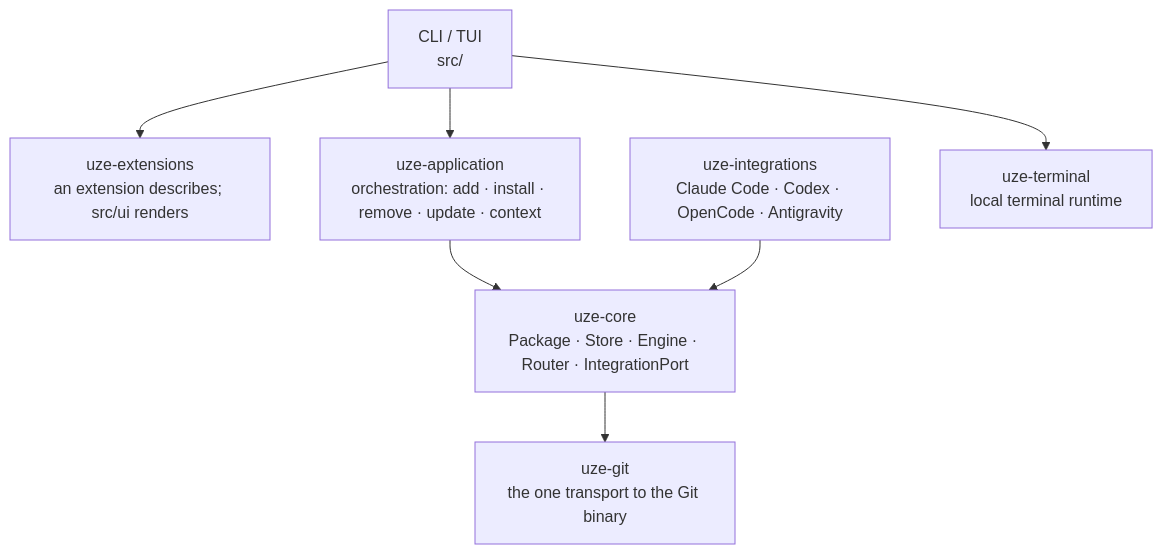
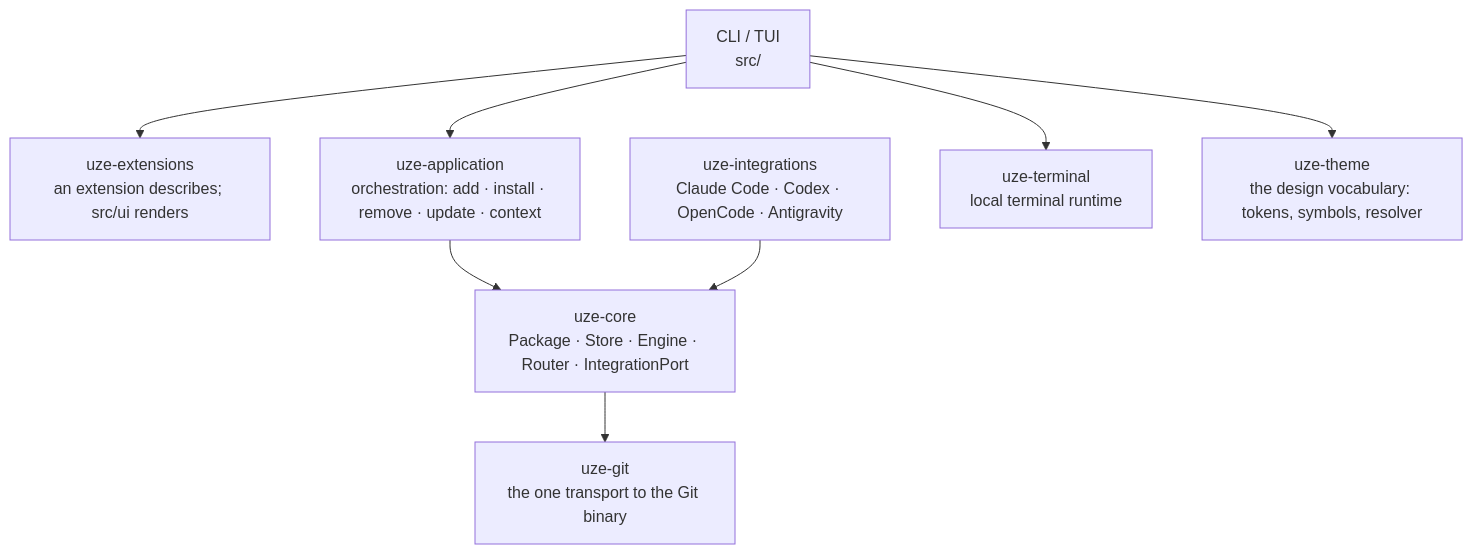
The diagram in web/content/docs/architecture.mdx (hiukky/uze), drawn with Mermaid before and after one commit. The commit also changed other lines of this file and 46 other files, not shown here.

````diff
--- a/web/content/docs/architecture.mdx
+++ b/web/content/docs/architecture.mdx
@@ -12,17 +12,19 @@
 ```mermaid
 graph TD
     CLI["CLI / TUI<br/>src/"]
     EXT["uze-extensions<br/>an extension describes; src/ui renders"]
     APP["uze-application<br/>orchestration: add · install · remove · update · context"]
     CORE["uze-core<br/>Package · Store · Engine · Router · IntegrationPort"]
     INTEG["uze-integrations<br/>Claude Code · Codex · OpenCode · Antigravity"]
     TERM["uze-terminal<br/>local terminal runtime"]
     GIT["uze-git<br/>the one transport to the Git binary"]
+    THEME["uze-theme<br/>the design vocabulary: tokens, symbols, resolver"]
 
     CLI --> EXT
     CLI --> APP
     CLI --> TERM
+    CLI --> THEME
     APP --> CORE
     INTEG --> CORE
     CORE --> GIT
 ```
````
